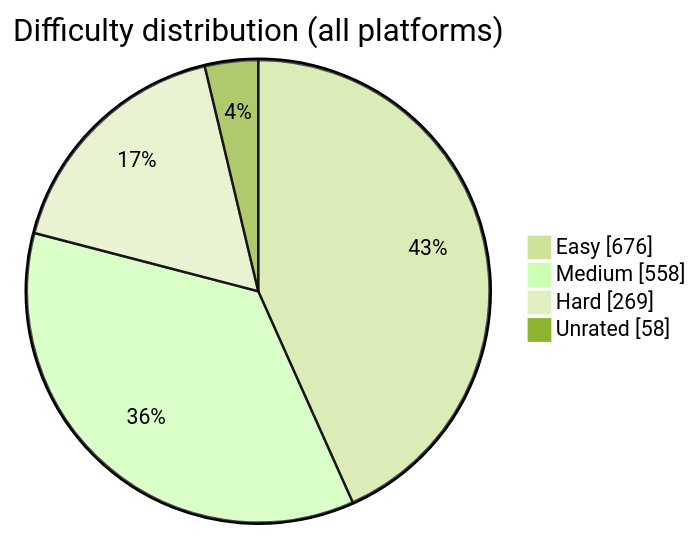
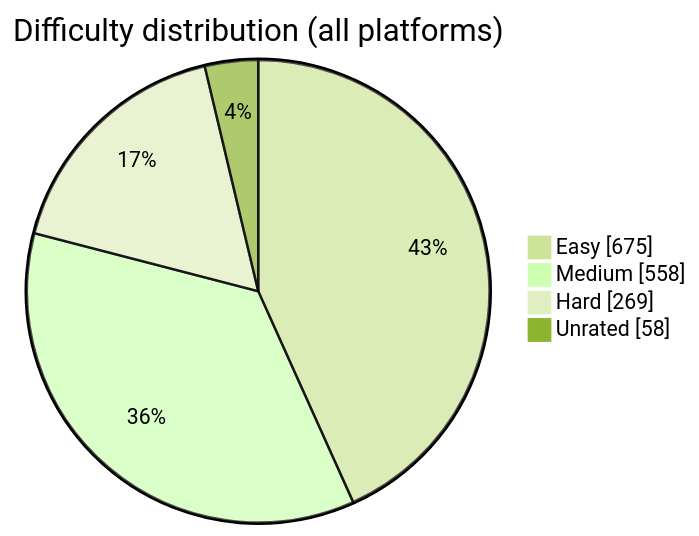
The diagram in README.md (BuildbyArindam/Daily-Coding-Log), drawn with Mermaid (forest theme) before and after one commit. The commit also changed other lines of this file, not shown here.

````diff
--- a/README.md
+++ b/README.md
@@ -93,7 +93,7 @@
 ```mermaid
 pie showData title Difficulty distribution (all platforms)
-    "Easy" : 676
+    "Easy" : 675
     "Medium" : 558
     "Hard" : 269
     "Unrated" : 58
 ```
````
